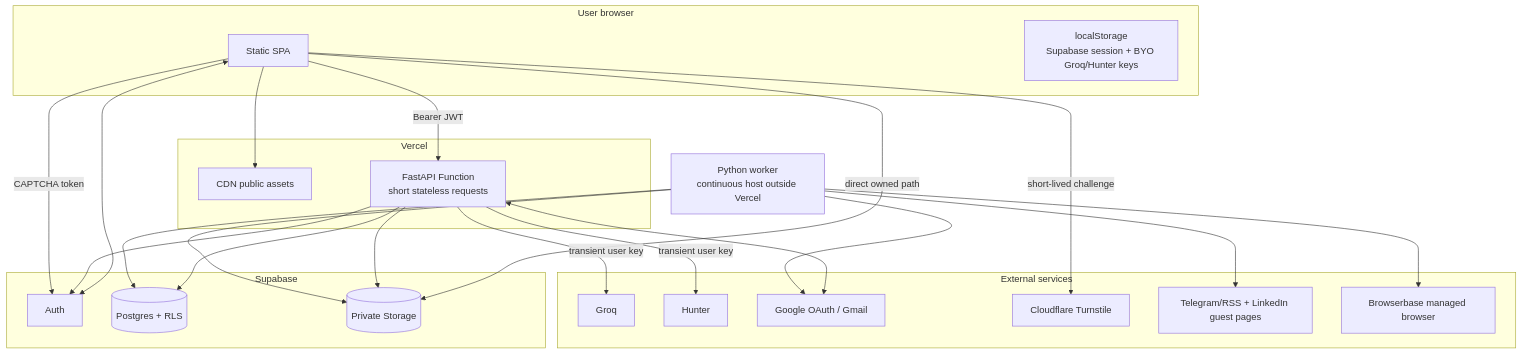
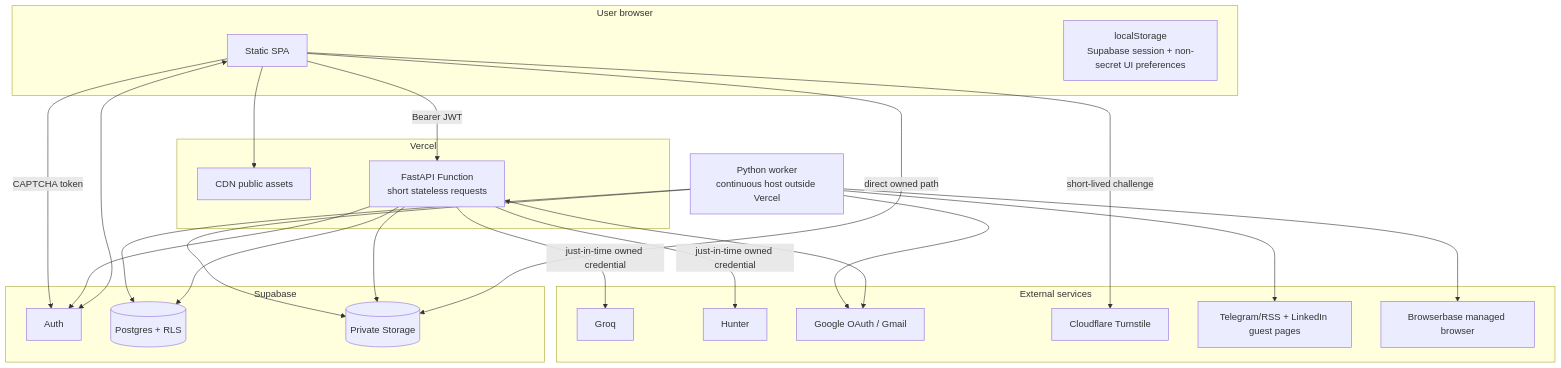
One commit to saadrizvi09/Mass-Auto-Apply changed the first of 9 diagrams in docs/03-Architecture.md. Above: the diagram before and after it, drawn with Mermaid. The commit also changed other lines of this file and 30 other files, not shown here.

````diff
--- a/docs/03-Architecture.md
+++ b/docs/03-Architecture.md
@@ -25,47 +26,47 @@
 ```mermaid
 flowchart TB
     subgraph Browser[User browser]
       SPA[Static SPA]
-      LS[localStorage<br/>Supabase session + BYO Groq/Hunter keys]
+      LS[localStorage<br/>Supabase session + non-secret UI preferences]
     end
 
     subgraph Vercel[Vercel]
       CDN[CDN public assets]
       API[FastAPI Function<br/>short stateless requests]
     end
 
     subgraph Supabase[Supabase]
       AUTH[Auth]
       PG[(Postgres + RLS)]
       ST[(Private Storage)]
     end
 
     subgraph External[External services]
       GROQ[Groq]
       HUNT[Hunter]
       GOOG[Google OAuth / Gmail]
       CF[Cloudflare Turnstile]
       PUB[Telegram/RSS + LinkedIn guest pages]
       BB[Browserbase managed browser]
     end
 
     WORKER[Python worker<br/>continuous host outside Vercel]
 
     SPA --> CDN
     SPA <--> AUTH
     SPA -->|Bearer JWT| API
     SPA -->|direct owned path| ST
     API --> AUTH
     API --> PG
     API --> ST
-    API -->|transient user key| GROQ
-    API -->|transient user key| HUNT
+    API -->|just-in-time owned credential| GROQ
+    API -->|just-in-time owned credential| HUNT
     API <--> GOOG
     SPA -->|short-lived challenge| CF
     SPA -->|CAPTCHA token| AUTH
     WORKER --> PG
     WORKER --> ST
     WORKER --> GOOG
     WORKER --> PUB
     WORKER --> BB
 ```
````
